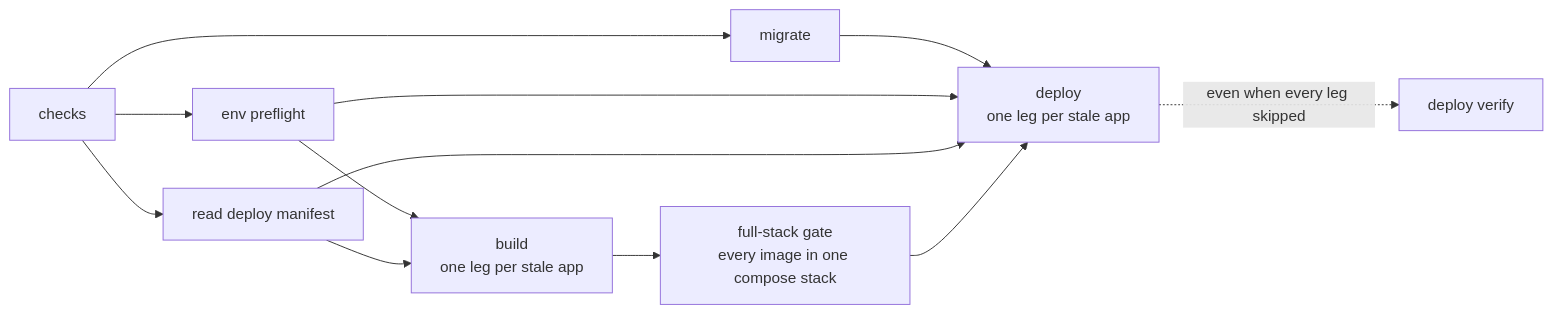
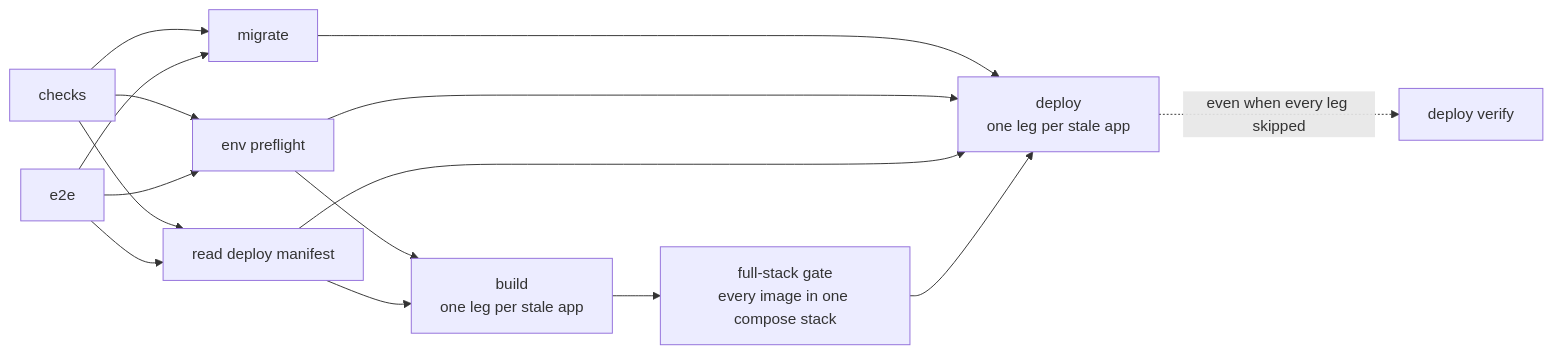
The diagram in docs/architecture/platform/deployment.md (zgeoff/vers), drawn with Mermaid before and after one commit. The commit also changed other lines of this file and 2 other files, not shown here.

````diff
--- a/docs/architecture/platform/deployment.md
+++ b/docs/architecture/platform/deployment.md
@@ -67,14 +67,17 @@
 ```mermaid
 flowchart LR
   C[checks] --> M[migrate]
+  E[e2e] --> M
   C --> P[env preflight]
+  E --> P
   C --> X[read deploy manifest]
+  E --> X
   P --> B["build<br>one leg per stale app"]
   X --> B
   B --> G["full-stack gate<br>every image in one compose stack"]
   M --> D
   P --> D
   X --> D
   G --> D["deploy<br>one leg per stale app"]
   D -.->|"even when every leg skipped"| V[deploy verify]
 ```
````
